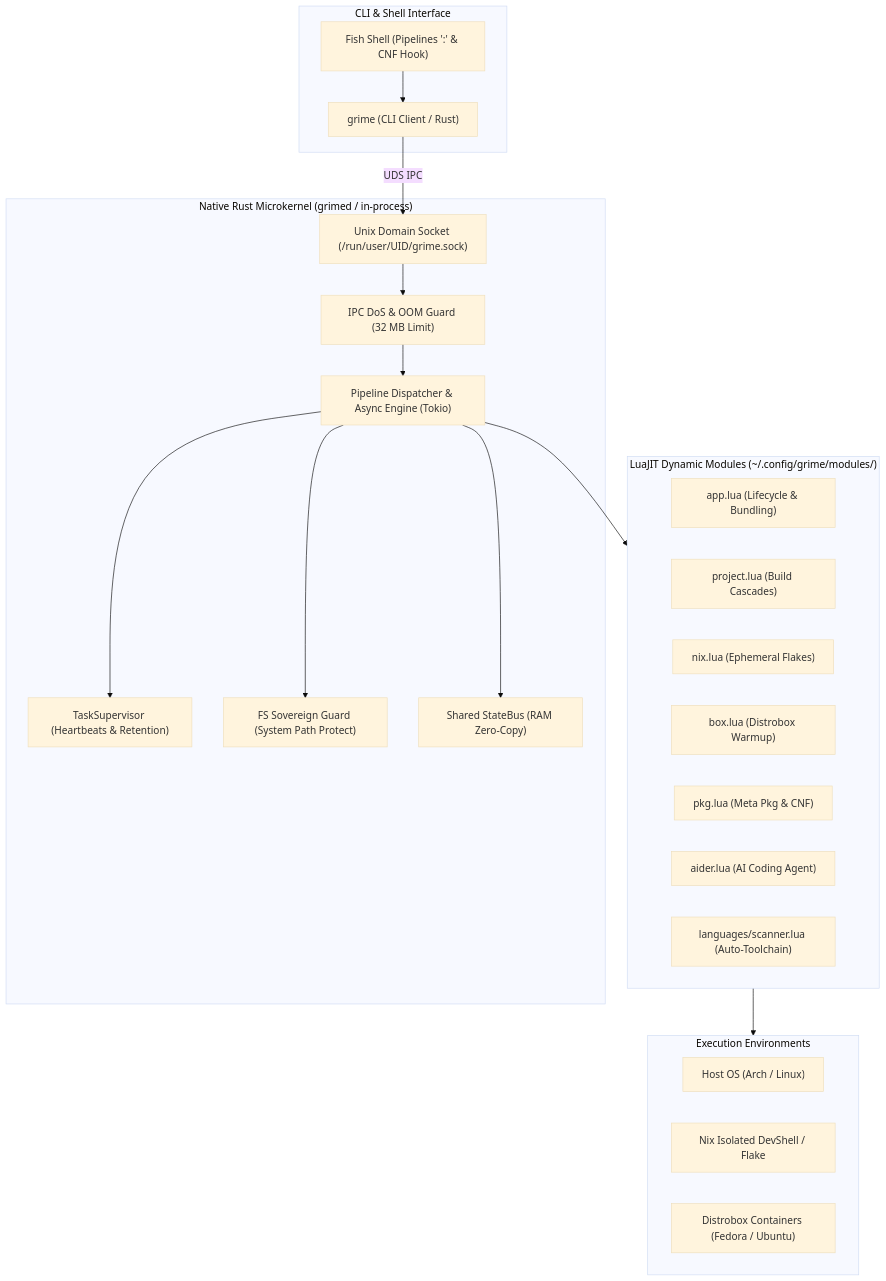
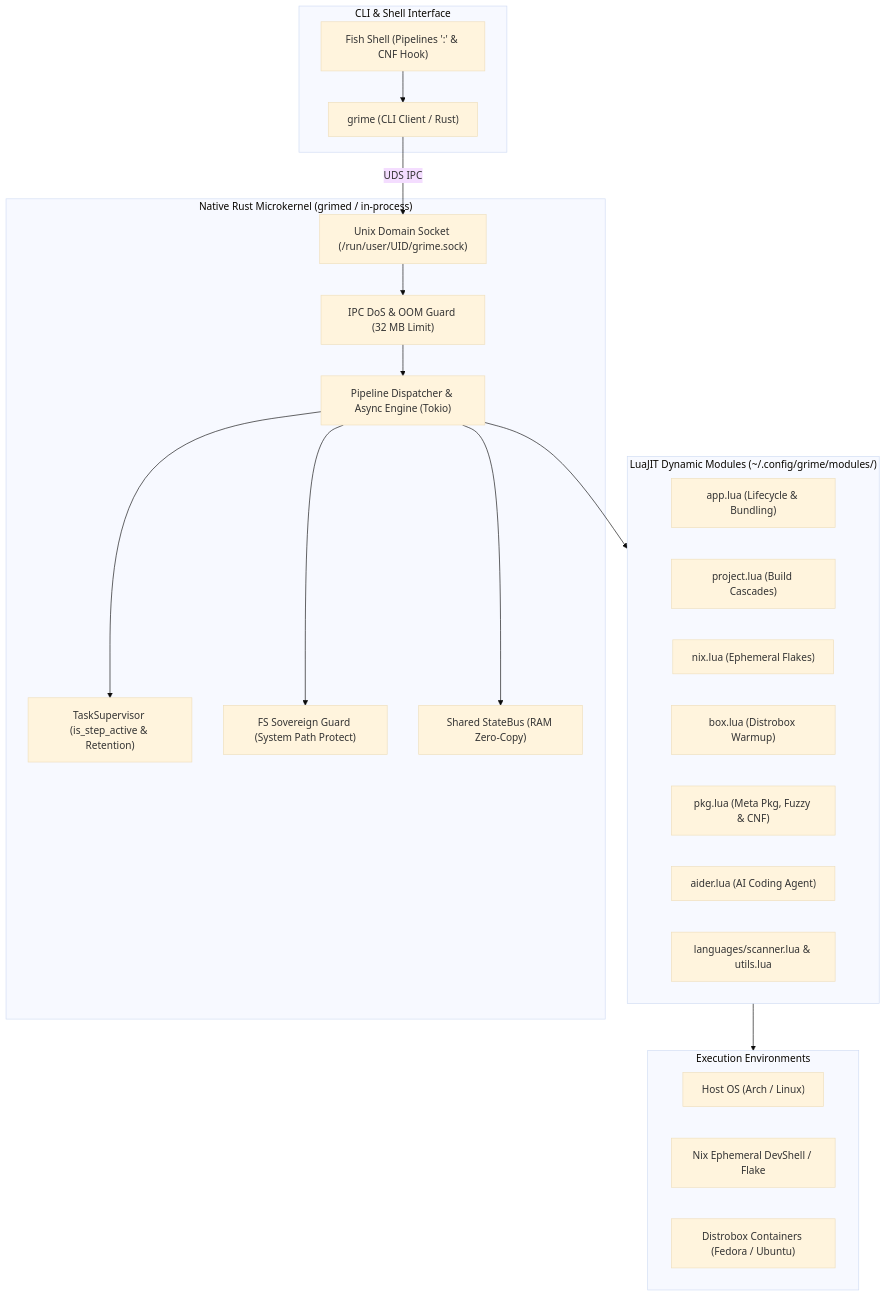
One commit to GrimeVoid/grime-rust changed the diagram in README.en.md. Above: the diagram before and after it, drawn with Mermaid (base theme). The commit also changed other lines of this file and 17 other files, not shown here.

````diff
--- a/README.en.md
+++ b/README.en.md
@@ -102,42 +135,42 @@
 ```mermaid
 flowchart TD
     subgraph ClientLayer ["CLI & Shell Interface"]
         CLI["grime (CLI Client / Rust)"]
         Fish["Fish Shell (Pipelines ':' & CNF Hook)"]
     end
 
     subgraph CoreLayer ["Native Rust Microkernel (grimed / in-process)"]
         UDS["Unix Domain Socket (/run/user/UID/grime.sock)"]
         IPCGuard["IPC DoS & OOM Guard (32 MB Limit)"]
         Router["Pipeline Dispatcher & Async Engine (Tokio)"]
-        Supervisor["TaskSupervisor (Heartbeats & Retention)"]
+        Supervisor["TaskSupervisor (is_step_active & Retention)"]
         FSGuard["FS Sovereign Guard (System Path Protect)"]
         StateBus["Shared StateBus (RAM Zero-Copy)"]
     end
 
     subgraph LuaLayer ["LuaJIT Dynamic Modules (~/.config/grime/modules/)"]
         M_App["app.lua (Lifecycle & Bundling)"]
         M_Proj["project.lua (Build Cascades)"]
         M_Nix["nix.lua (Ephemeral Flakes)"]
         M_Box["box.lua (Distrobox Warmup)"]
-        M_Pkg["pkg.lua (Meta Pkg & CNF)"]
+        M_Pkg["pkg.lua (Meta Pkg, Fuzzy & CNF)"]
         M_Aider["aider.lua (AI Coding Agent)"]
-        M_Scan["languages/scanner.lua (Auto-Toolchain)"]
+        M_Scan["languages/scanner.lua & utils.lua"]
     end
 
     subgraph Targets ["Execution Environments"]
         HostOS["Host OS (Arch / Linux)"]
-        NixEnv["Nix Isolated DevShell / Flake"]
+        NixEnv["Nix Ephemeral DevShell / Flake"]
         DBox["Distrobox Containers (Fedora / Ubuntu)"]
     end
 
     Fish --> CLI
     CLI -->|UDS IPC| UDS
     UDS --> IPCGuard
     IPCGuard --> Router
     Router --> Supervisor
     Router --> FSGuard
     Router --> StateBus
     Router --> LuaLayer
     LuaLayer --> Targets
 ```
````
